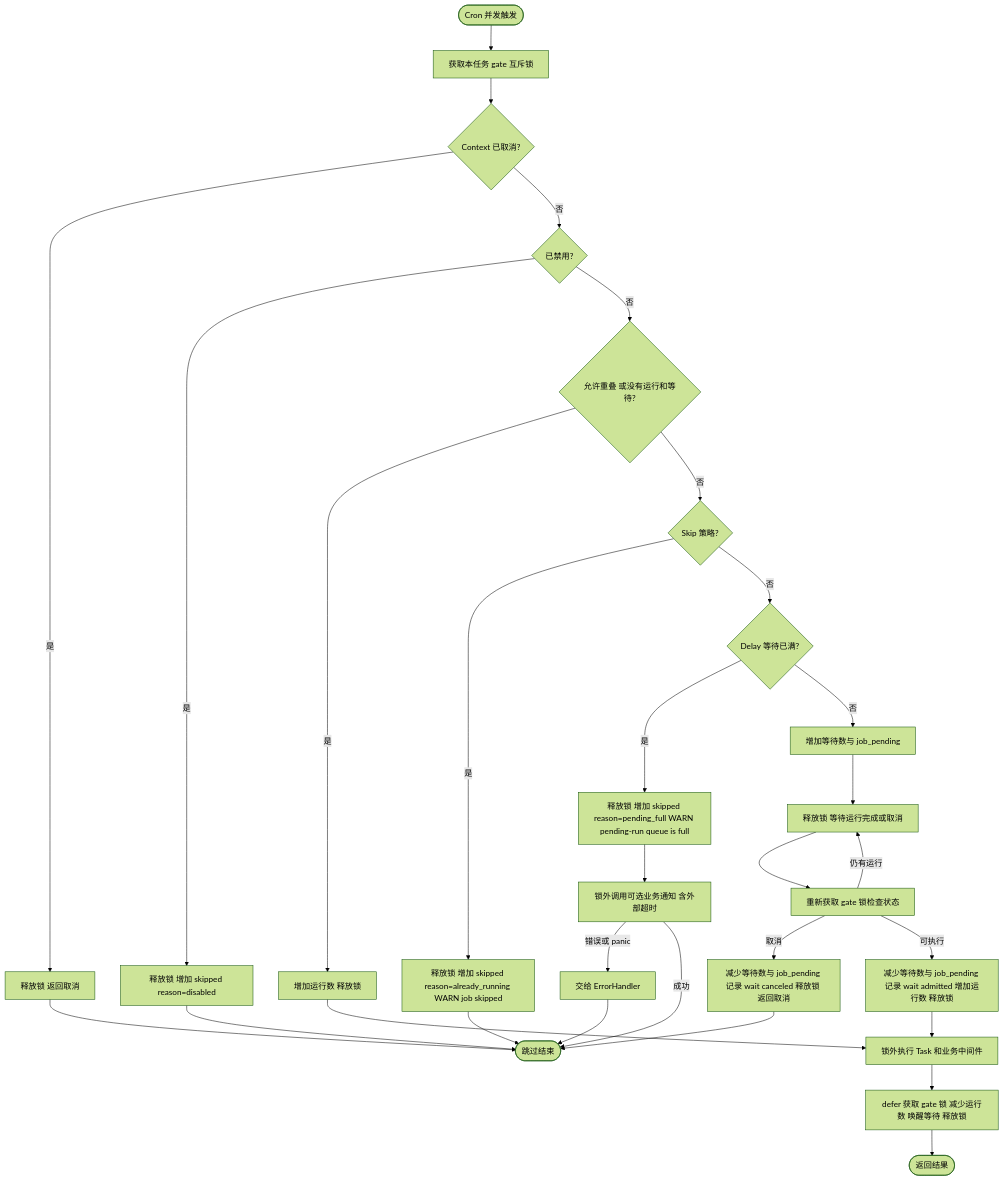
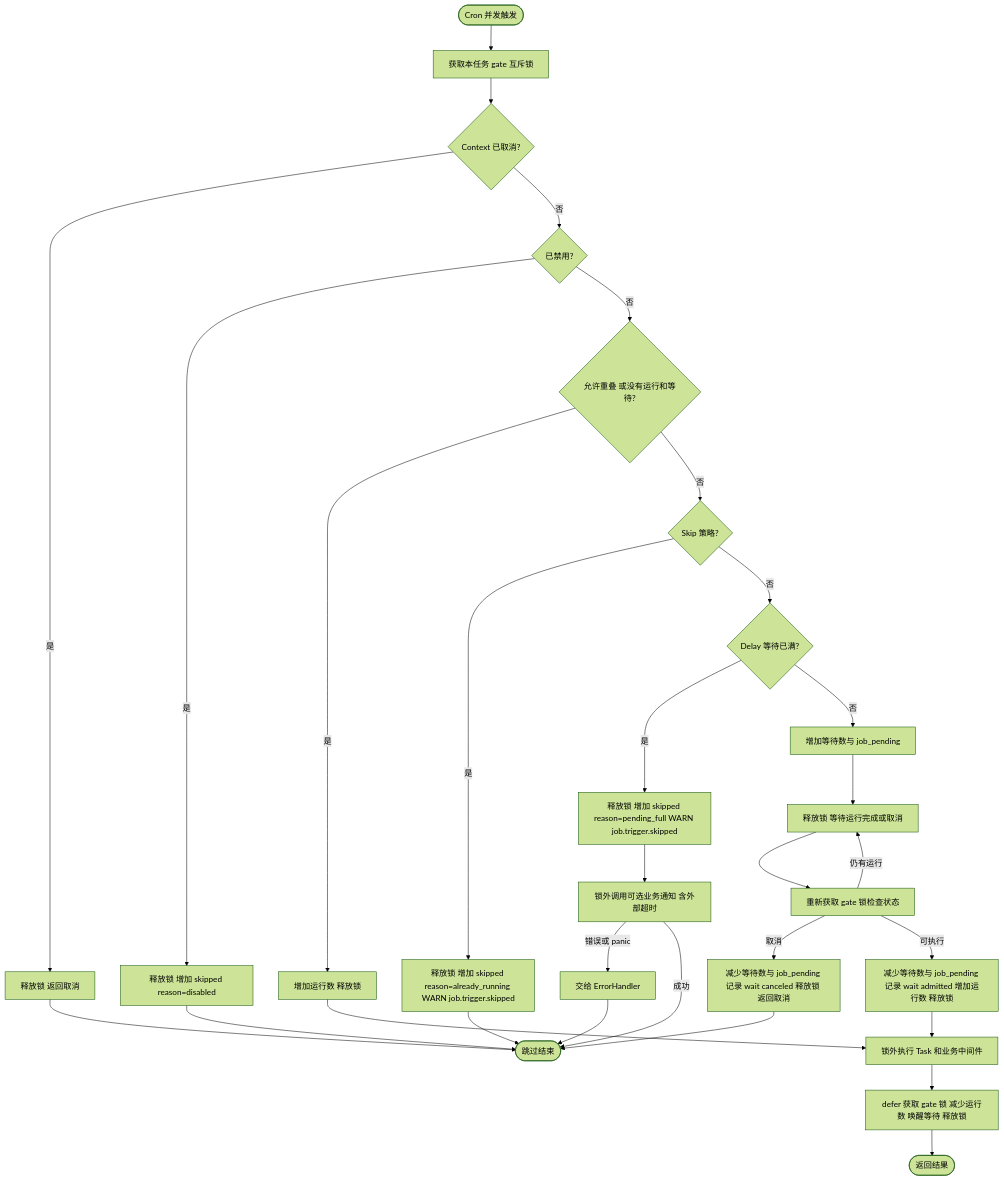
One commit to jaggerzhuang1994/kratos-foundation changed the second of 6 diagrams in pkg/job/README.md. Above: the diagram before and after it, drawn with Mermaid (forest theme). The commit also changed other lines of this file and 204 other files, not shown here.

````diff
--- a/pkg/job/README.md
+++ b/pkg/job/README.md
@@ -108,28 +108,28 @@
 ```mermaid
 flowchart TD
  A([Cron 并发触发]) --> B[获取本任务 gate 互斥锁]
  B --> C{Context 已取消?}
  C -- 是 --> R[释放锁 返回取消]
  C -- 否 --> C1{已禁用?}
  C1 -- 是 --> C2[释放锁 增加 skipped reason=disabled]
  C2 --> Z
  C1 -- 否 --> D{允许重叠 或没有运行和等待?}
  D -- 是 --> E[增加运行数 释放锁]
  D -- 否 --> F{Skip 策略?}
- F -- 是 --> S[释放锁 增加 skipped reason=already_running WARN job skipped]
+ F -- 是 --> S[释放锁 增加 skipped reason=already_running WARN job.trigger.skipped]
  F -- 否 --> G{Delay 等待已满?}
- G -- 是 --> H[释放锁 增加 skipped reason=pending_full WARN pending-run queue is full]
+ G -- 是 --> H[释放锁 增加 skipped reason=pending_full WARN job.trigger.skipped]
  H --> I[锁外调用可选业务通知 含外部超时]
  I -- 错误或 panic --> J[交给 ErrorHandler]
  I -- 成功 --> Z([跳过结束])
  G -- 否 --> K[增加等待数与 job_pending]
  K --> K1[释放锁 等待运行完成或取消]
  K1 --> L[重新获取 gate 锁检查状态]
  L -- 取消 --> M[减少等待数与 job_pending 记录 wait canceled 释放锁 返回取消]
  L -- 仍有运行 --> K1
  L -- 可执行 --> N[减少等待数与 job_pending 记录 wait admitted 增加运行数 释放锁]
  E & N --> O[锁外执行 Task 和业务中间件]
  O --> P[defer 获取 gate 锁 减少运行数 唤醒等待 释放锁]
  P --> T([返回结果])
  R & M & J & S --> Z
 ```
````
